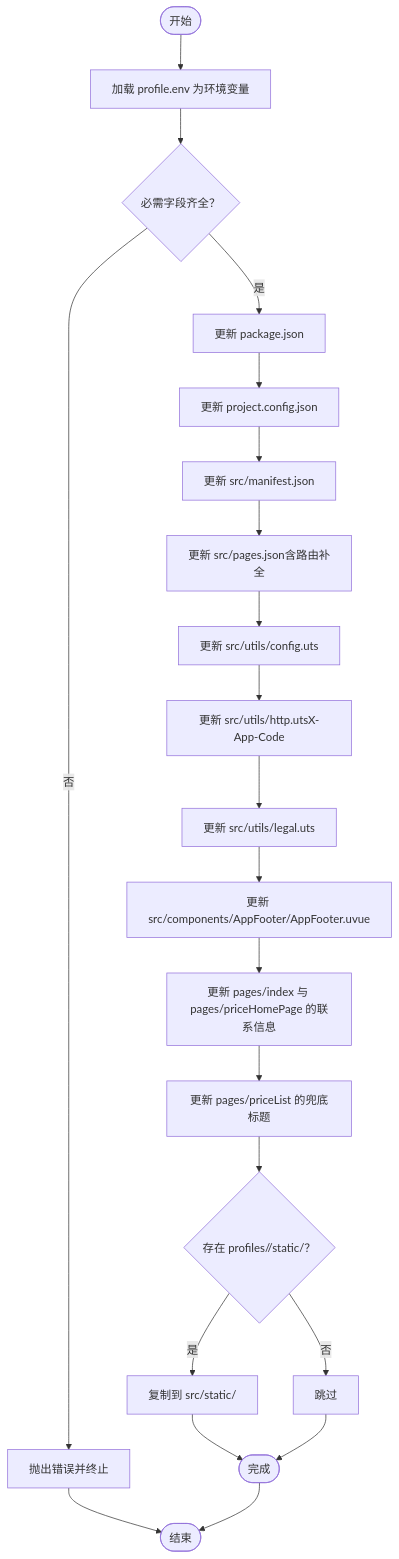
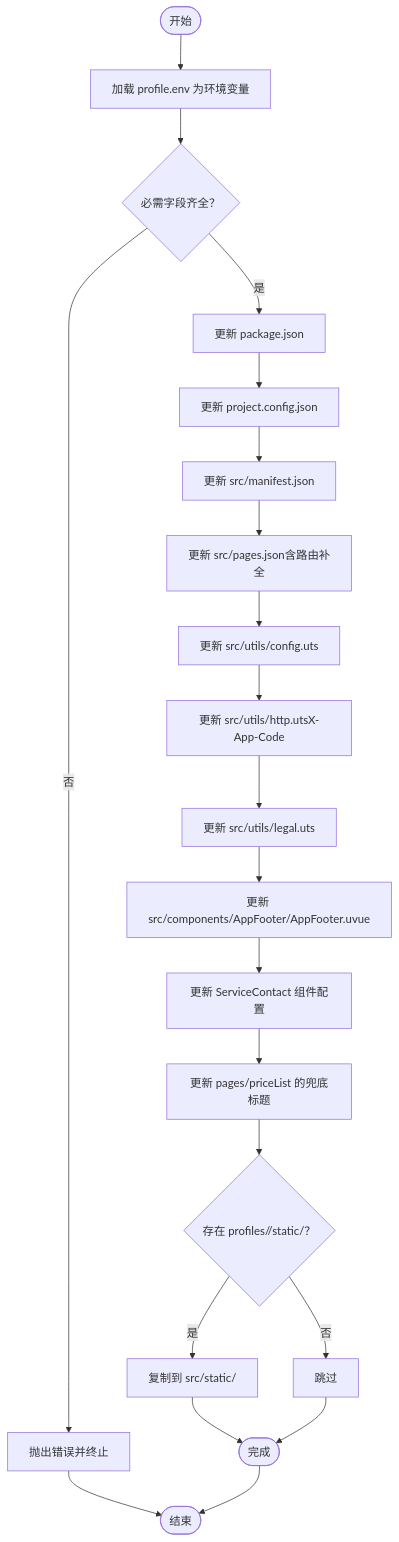
The third of 4 diagrams in .qoder/repowiki/zh/content/构建与部署/构建与部署.md (crazyma99/blueberry), drawn with Mermaid before and after one commit. The commit also changed other lines of this file and 11 other files, not shown here.

````diff
--- a/.qoder/repowiki/zh/content/构建与部署/构建与部署.md
+++ b/.qoder/repowiki/zh/content/构建与部署/构建与部署.md
@@ -239,23 +259,23 @@
 ```mermaid
 flowchart TD
 Start(["开始"]) --> LoadEnv["加载 profile.env 为环境变量"]
 LoadEnv --> CheckReq{"必需字段齐全？"}
 CheckReq --> |否| Error["抛出错误并终止"]
 CheckReq --> |是| ReplacePkg["更新 package.json"]
 ReplacePkg --> ReplaceProj["更新 project.config.json"]
 ReplaceProj --> ReplaceMani["更新 src/manifest.json"]
 ReplaceMani --> ReplacePages["更新 src/pages.json含路由补全"]
 ReplacePages --> ReplaceCfg["更新 src/utils/config.uts"]
 ReplaceCfg --> ReplaceHttp["更新 src/utils/http.utsX-App-Code"]
 ReplaceHttp --> ReplaceLegal["更新 src/utils/legal.uts"]
 ReplaceLegal --> ReplaceFooter["更新 src/components/AppFooter/AppFooter.uvue"]
-ReplaceFooter --> ReplaceContact["更新 pages/index 与 pages/priceHomePage 的联系信息"]
+ReplaceFooter --> ReplaceContact["更新 ServiceContact 组件配置"]
 ReplaceContact --> ReplacePrice["更新 pages/priceList 的兜底标题"]
 ReplacePrice --> CopyStatic{"存在 profiles/<key>/static/？"}
 CopyStatic --> |是| Copy["复制到 src/static/"]
 CopyStatic --> |否| SkipCopy["跳过"]
 Copy --> Done(["完成"])
 SkipCopy --> Done
 Error --> End(["结束"])
 Done --> End
 ```
````
